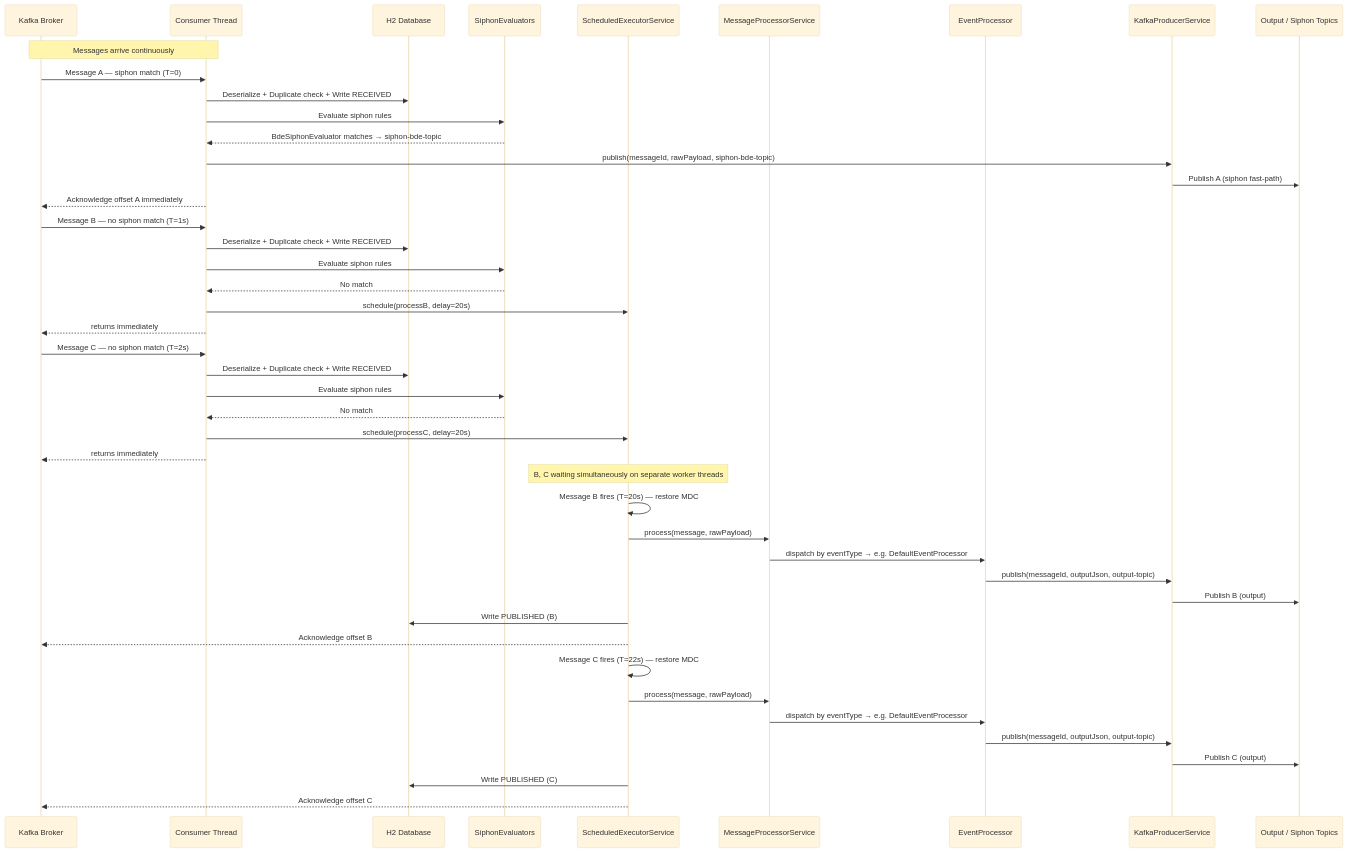
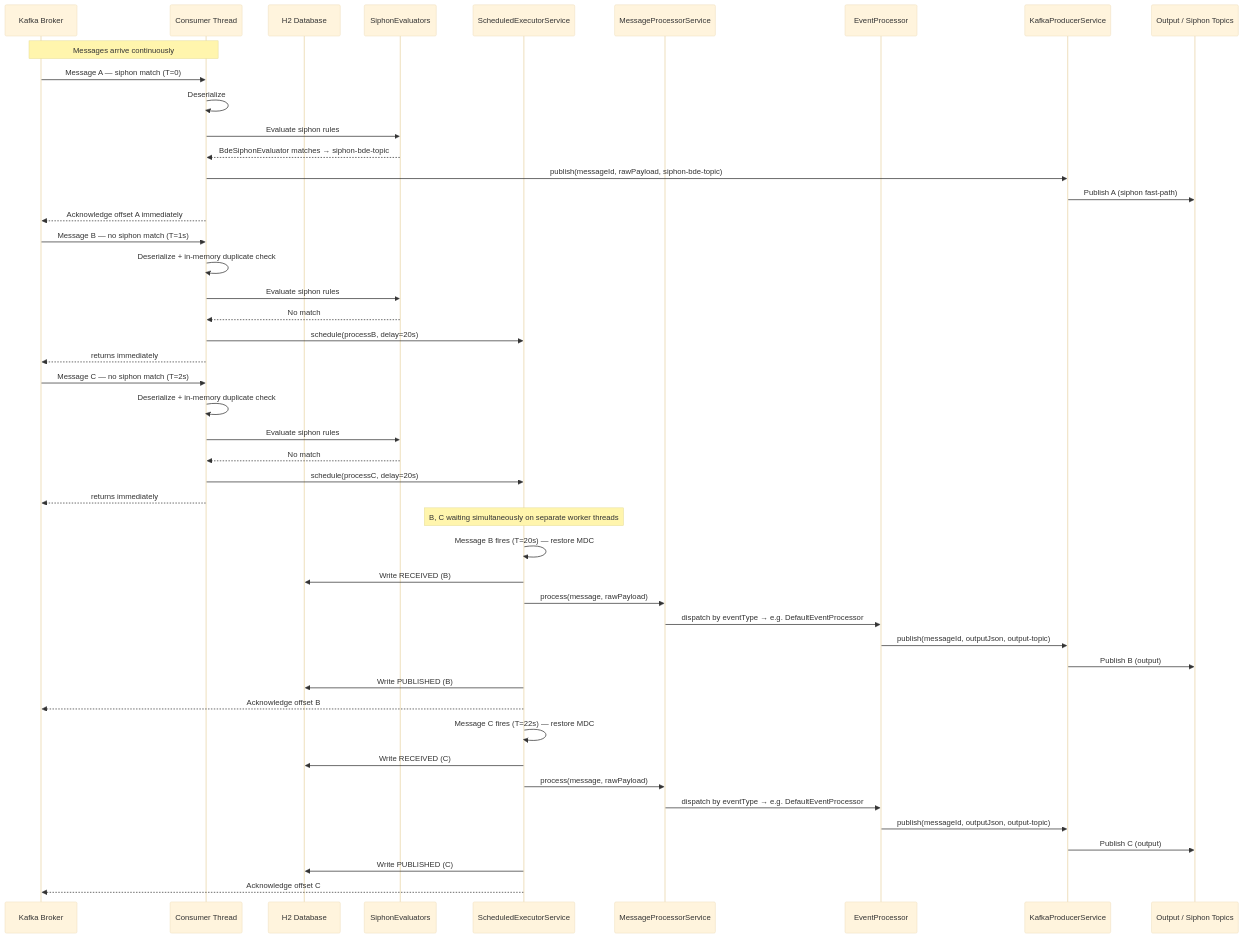
Before and after one commit to thzero/kafka-reader-example: the diagram in concurrency-diagram.md, drawn with Mermaid (base theme). The commit also changed other lines of this file and 1 other file, not shown here.

Commit message:
updates to readme and diagrams

````diff
--- a/concurrency-diagram.md
+++ b/concurrency-diagram.md
@@ -5,54 +5,56 @@
 ```mermaid
 sequenceDiagram
     participant K as Kafka Broker
     participant CT as Consumer Thread
     participant DB as H2 Database
     participant SV as SiphonEvaluators
     participant SE as ScheduledExecutorService
     participant MP as MessageProcessorService
     participant EP as EventProcessor
     participant KP as KafkaProducerService
     participant OP as Output / Siphon Topics
 
     Note over K,CT: Messages arrive continuously
 
     K->>CT: Message A — siphon match (T=0)
-    CT->>DB: Deserialize + Duplicate check + Write RECEIVED
+    CT->>CT: Deserialize
     CT->>SV: Evaluate siphon rules
     SV-->>CT: BdeSiphonEvaluator matches → siphon-bde-topic
     CT->>KP: publish(messageId, rawPayload, siphon-bde-topic)
     KP->>OP: Publish A (siphon fast-path)
     CT-->>K: Acknowledge offset A immediately
 
     K->>CT: Message B — no siphon match (T=1s)
-    CT->>DB: Deserialize + Duplicate check + Write RECEIVED
+    CT->>CT: Deserialize + in-memory duplicate check
     CT->>SV: Evaluate siphon rules
     SV-->>CT: No match
     CT->>SE: schedule(processB, delay=20s)
     CT-->>K: returns immediately
 
     K->>CT: Message C — no siphon match (T=2s)
-    CT->>DB: Deserialize + Duplicate check + Write RECEIVED
+    CT->>CT: Deserialize + in-memory duplicate check
     CT->>SV: Evaluate siphon rules
     SV-->>CT: No match
     CT->>SE: schedule(processC, delay=20s)
     CT-->>K: returns immediately
 
     Note over SE: B, C waiting simultaneously on separate worker threads
 
     SE->>SE: Message B fires (T=20s) — restore MDC
+    SE->>DB: Write RECEIVED (B)
     SE->>MP: process(message, rawPayload)
     MP->>EP: dispatch by eventType → e.g. DefaultEventProcessor
     EP->>KP: publish(messageId, outputJson, output-topic)
     KP->>OP: Publish B (output)
     SE->>DB: Write PUBLISHED (B)
     SE-->>K: Acknowledge offset B
 
     SE->>SE: Message C fires (T=22s) — restore MDC
+    SE->>DB: Write RECEIVED (C)
     SE->>MP: process(message, rawPayload)
     MP->>EP: dispatch by eventType → e.g. DefaultEventProcessor
     EP->>KP: publish(messageId, outputJson, output-topic)
     KP->>OP: Publish C (output)
     SE->>DB: Write PUBLISHED (C)
     SE-->>K: Acknowledge offset C
 ```
````
